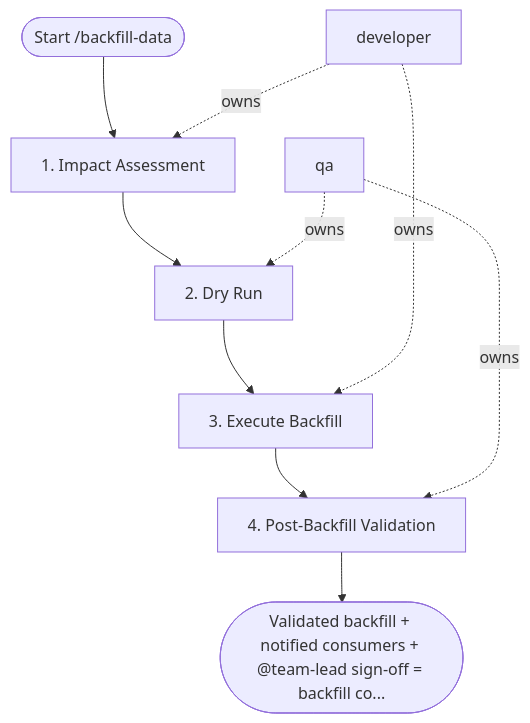
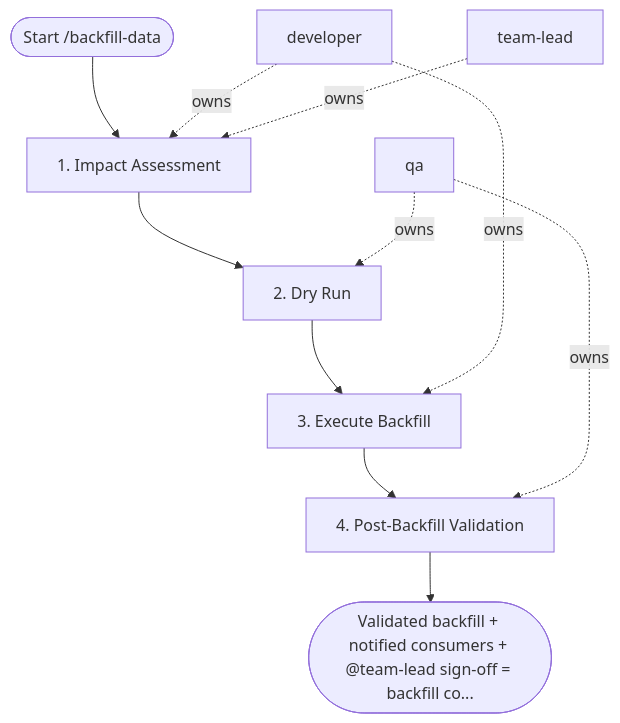
Before and after one commit to sawrus/agent-guides: the diagram in areas/software/data-engineering/workflows/backfill-data.md, drawn with Mermaid. The commit also changed other lines of this file and 88 other files, not shown here.

````diff
--- a/areas/software/data-engineering/workflows/backfill-data.md
+++ b/areas/software/data-engineering/workflows/backfill-data.md
@@ -61,20 +61,22 @@
 ```mermaid
 flowchart TD
   start(["Start /backfill-data"])
   role_1["developer"]
-  role_2["qa"]
+  role_2["team-lead"]
+  role_3["qa"]
   step_1["1. Impact Assessment"]
   step_2["2. Dry Run"]
   step_3["3. Execute Backfill"]
   step_4["4. Post-Backfill Validation"]
   exit(["Validated backfill + notified consumers + @team-lead sign-off = backfill co..."])
   start --> step_1
   step_1 --> step_2
   step_2 --> step_3
   step_3 --> step_4
   step_4 --> exit
   role_1 -. owns .-> step_1
-  role_2 -. owns .-> step_2
+  role_2 -. owns .-> step_1
+  role_3 -. owns .-> step_2
   role_1 -. owns .-> step_3
-  role_2 -. owns .-> step_4
+  role_3 -. owns .-> step_4
 ```
````
